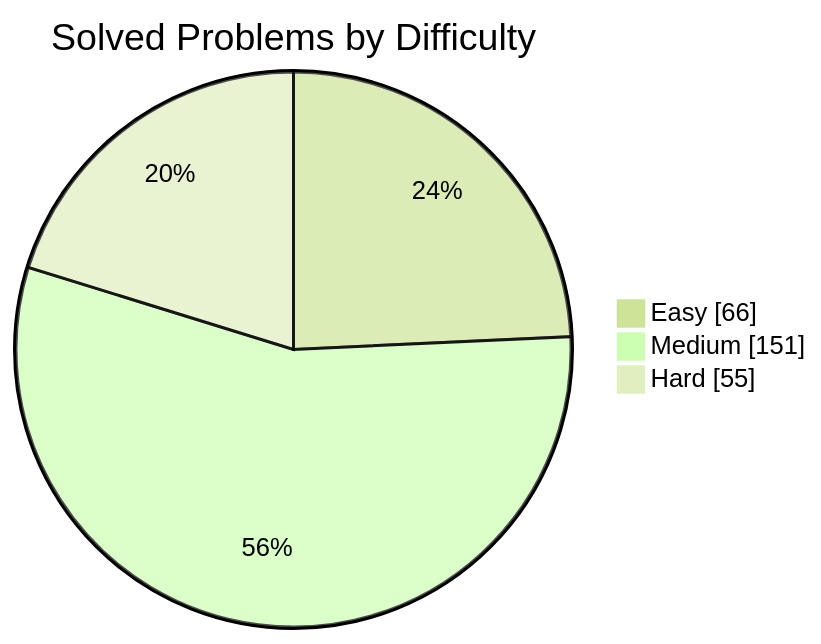
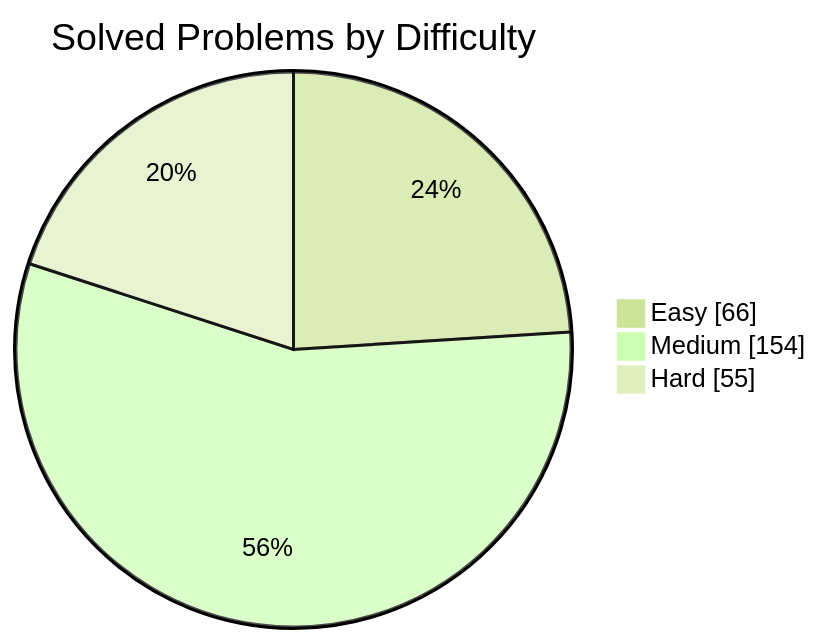
The first of 2 diagrams in README.md (manikantbindass/DSA-Preparation-FAANG), drawn with Mermaid (forest theme) before and after one commit. The commit also changed other lines of this file and 2 other files, not shown here.

````diff
--- a/README.md
+++ b/README.md
@@ -42,7 +42,7 @@
 ```mermaid
 pie showData
     title Solved Problems by Difficulty
     "Easy" : 66
-    "Medium" : 151
+    "Medium" : 154
     "Hard" : 55
 ```
````
